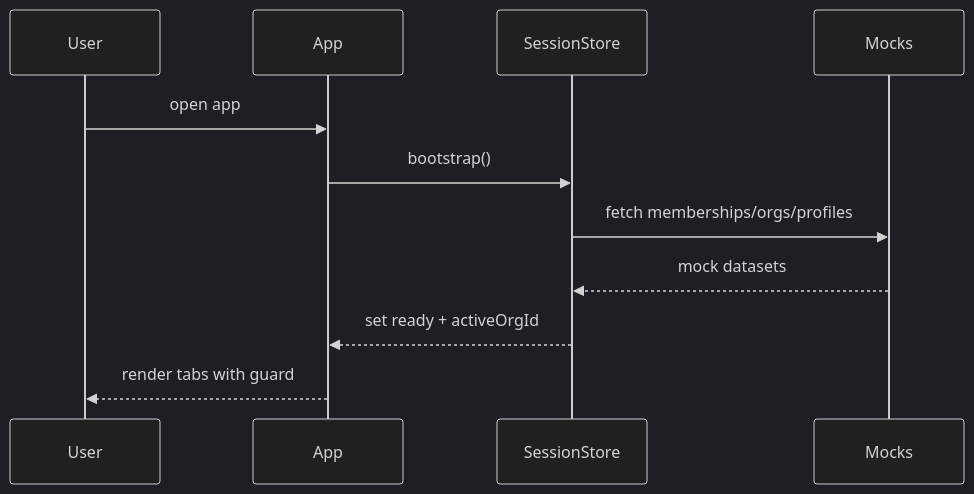
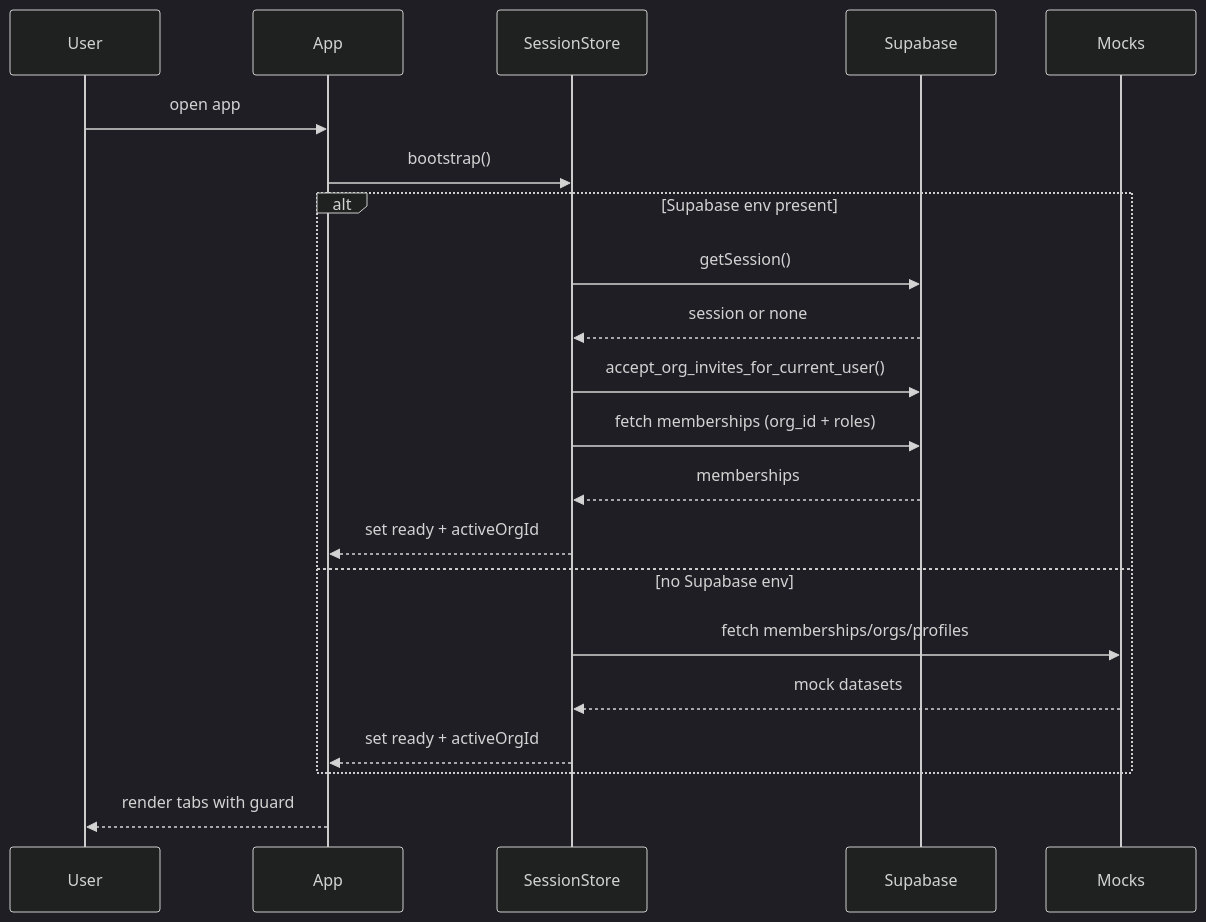
Before and after one commit to KRUKMAN/fafiq-app: the diagram in docs/diagrams/sequences/01_session_boot.mmd, drawn with Mermaid (dark theme). The commit also changed 32 other files, not shown here.

```diff
--- a/docs/diagrams/sequences/01_session_boot.mmd
+++ b/docs/diagrams/sequences/01_session_boot.mmd
@@ -1,11 +1,21 @@
 sequenceDiagram
   participant User
   participant App
   participant Session as SessionStore
+  participant Supabase
   participant Mocks
   User->>App: open app
   App->>Session: bootstrap()
-  Session->>Mocks: fetch memberships/orgs/profiles
-  Mocks-->>Session: mock datasets
-  Session-->>App: set ready + activeOrgId
+  alt Supabase env present
+    Session->>Supabase: getSession()
+    Supabase-->>Session: session or none
+    Session->>Supabase: accept_org_invites_for_current_user()
+    Session->>Supabase: fetch memberships (org_id + roles)
+    Supabase-->>Session: memberships
+    Session-->>App: set ready + activeOrgId
+  else no Supabase env
+    Session->>Mocks: fetch memberships/orgs/profiles
+    Mocks-->>Session: mock datasets
+    Session-->>App: set ready + activeOrgId
+  end
   App-->>User: render tabs with guard
```
